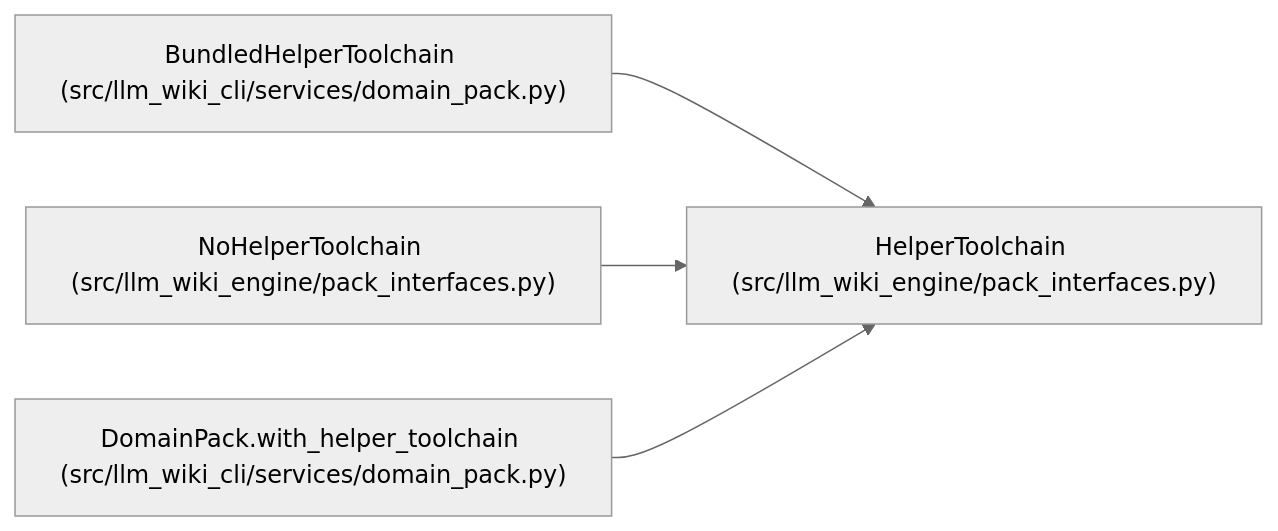
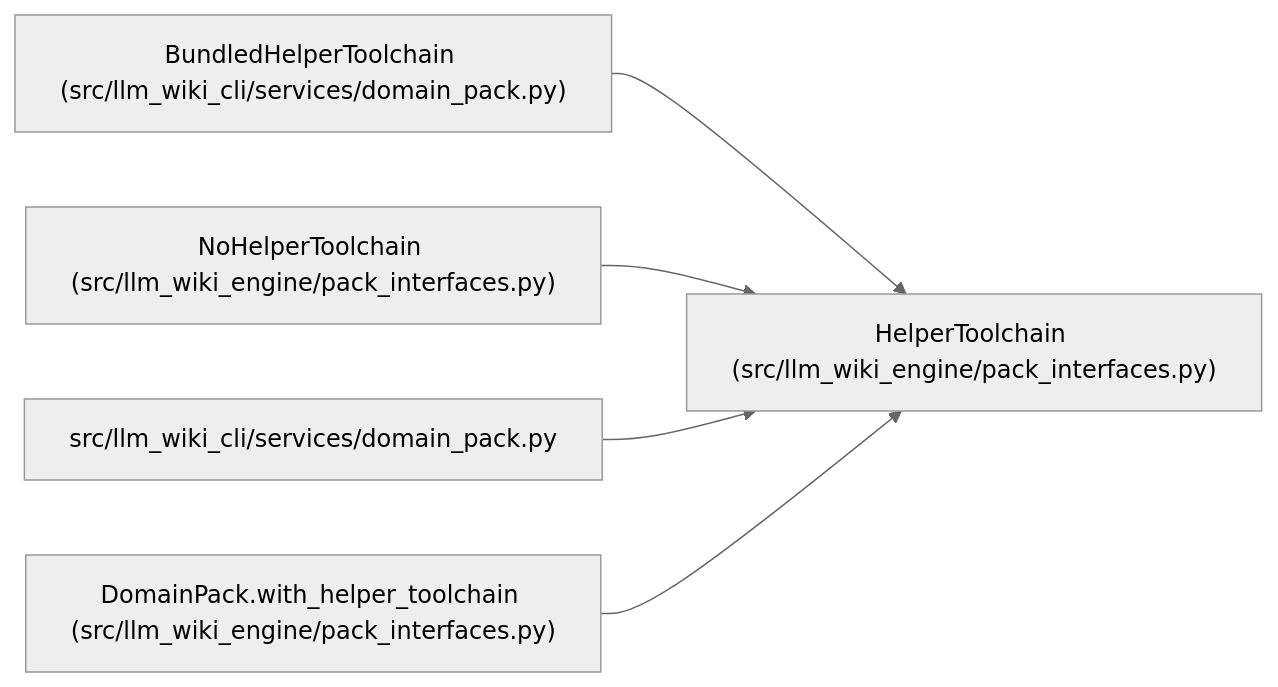
The diagram in docs/llm_wiki/entities/HelperToolchain.md (Denissvgn/python-wiki-llm), drawn with Mermaid (neutral theme) before and after one commit. The commit also changed other lines of this file and 719 other files, not shown here.

Commit message:
docs: refresh the wiki for the engine's own use cases

````diff
--- a/docs/llm_wiki/entities/HelperToolchain.md
+++ b/docs/llm_wiki/entities/HelperToolchain.md
@@ -33,14 +33,17 @@
 ```mermaid
 flowchart LR
     n0["HelperToolchain (src/llm_wiki_engine/pack_interfaces.py)"]
     n1["BundledHelperToolchain (src/llm_wiki_cli/services/domain_pack.py)"]
     n2["NoHelperToolchain (src/llm_wiki_engine/pack_interfaces.py)"]
-    n3["DomainPack.with_helper_toolchain (src/llm_wiki_cli/services/domain_pack.py)"]
+    n3["src/llm_wiki_cli/services/domain_pack.py"]
+    n4["DomainPack.with_helper_toolchain (src/llm_wiki_engine/pack_interfaces.py)"]
     n1 --> n0
     n2 --> n0
     n3 --> n0
+    n4 --> n0
     click n0 "../modules/pack_interfaces.md"
     click n1 "../modules/domain_pack.md"
     click n2 "../modules/pack_interfaces.md"
     click n3 "../modules/domain_pack.md"
+    click n4 "../modules/pack_interfaces.md"
 ```
````
